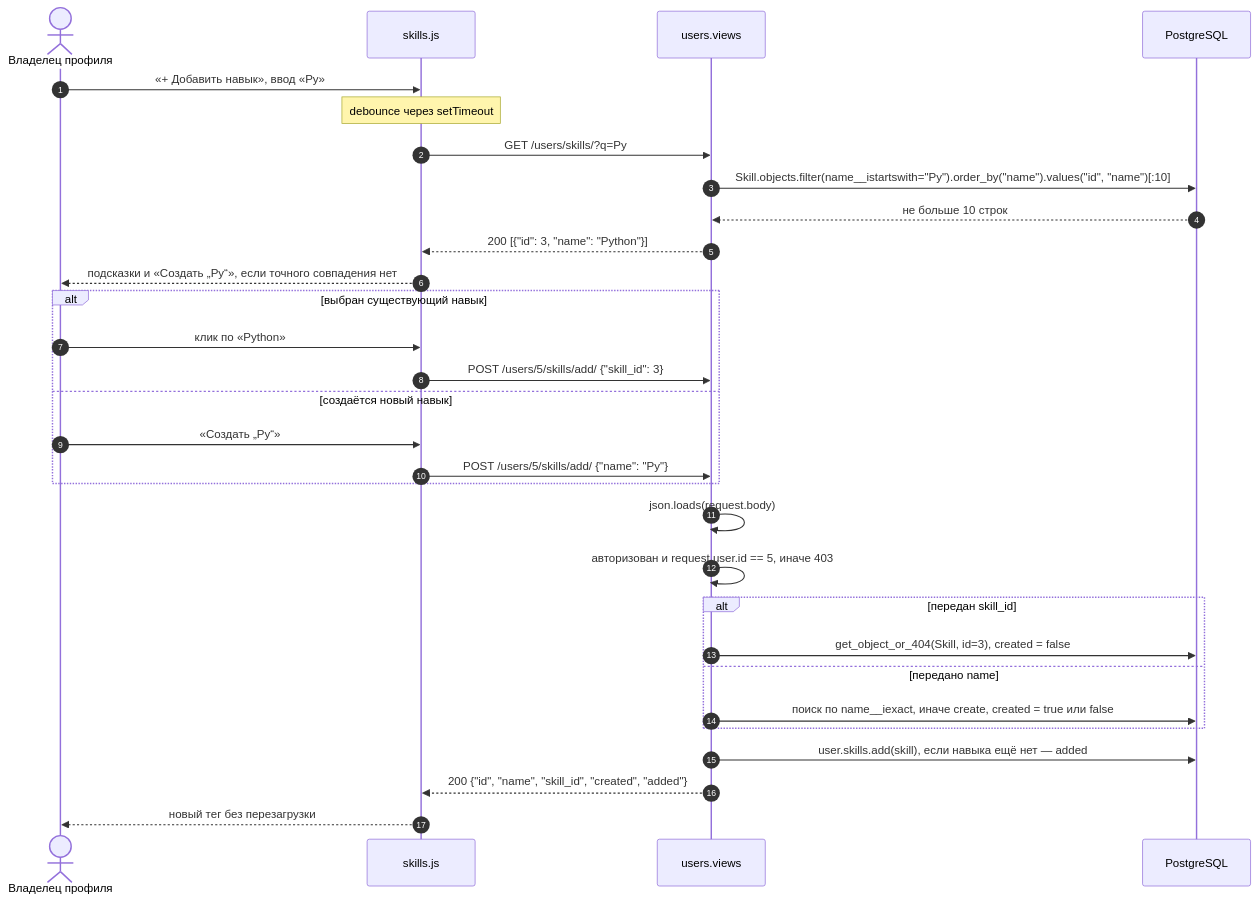
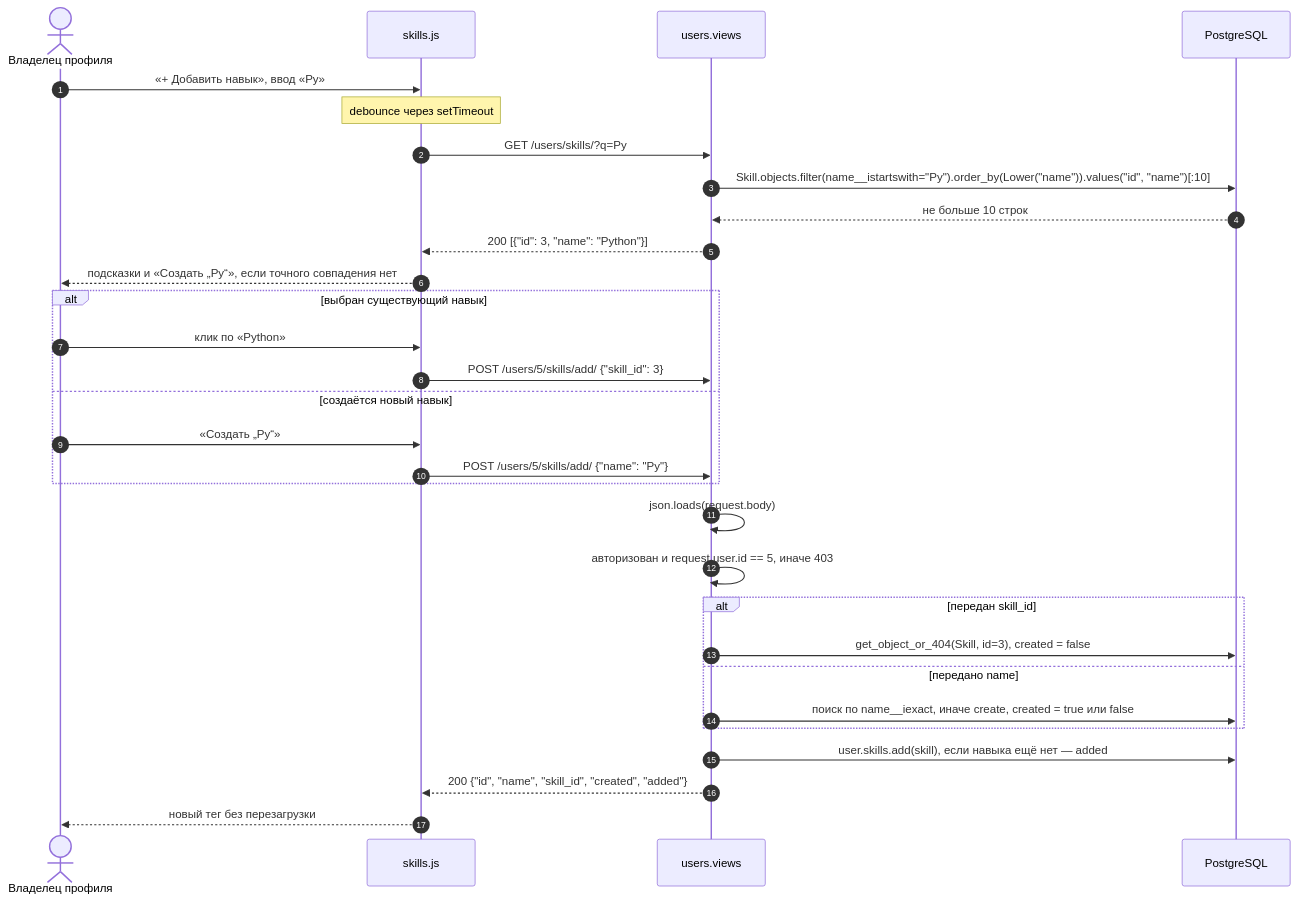
Diagram 14 of 24 in ARCHITECTURE.md (g3eraa/team-finder-ad), drawn with Mermaid before and after one commit. The commit also changed other lines of this file and 16 other files, not shown here.

````diff
--- a/ARCHITECTURE.md
+++ b/ARCHITECTURE.md
@@ -611,35 +610,35 @@
 ```mermaid
 sequenceDiagram
     autonumber
     actor O as Владелец профиля
     participant JS as skills.js
     participant V as users.views
     participant DB as PostgreSQL
 
     O->>JS: «+ Добавить навык», ввод «Py»
     Note over JS: debounce через setTimeout
     JS->>V: GET /users/skills/?q=Py
-    V->>DB: Skill.objects.filter(name__istartswith="Py").order_by("name").values("id", "name")[:10]
+    V->>DB: Skill.objects.filter(name__istartswith="Py").order_by(Lower("name")).values("id", "name")[:10]
     DB-->>V: не больше 10 строк
     V-->>JS: 200 [{"id": 3, "name": "Python"}]
     JS-->>O: подсказки и «Создать „Py“», если точного совпадения нет
 
     alt выбран существующий навык
         O->>JS: клик по «Python»
         JS->>V: POST /users/5/skills/add/ {"skill_id": 3}
     else создаётся новый навык
         O->>JS: «Создать „Py“»
         JS->>V: POST /users/5/skills/add/ {"name": "Py"}
     end
 
     V->>V: json.loads(request.body)
     V->>V: авторизован и request.user.id == 5, иначе 403
     alt передан skill_id
         V->>DB: get_object_or_404(Skill, id=3), created = false
     else передано name
         V->>DB: поиск по name__iexact, иначе create, created = true или false
     end
     V->>DB: user.skills.add(skill), если навыка ещё нет — added
     V-->>JS: 200 {"id", "name", "skill_id", "created", "added"}
     JS-->>O: новый тег без перезагрузки
 ```
````
